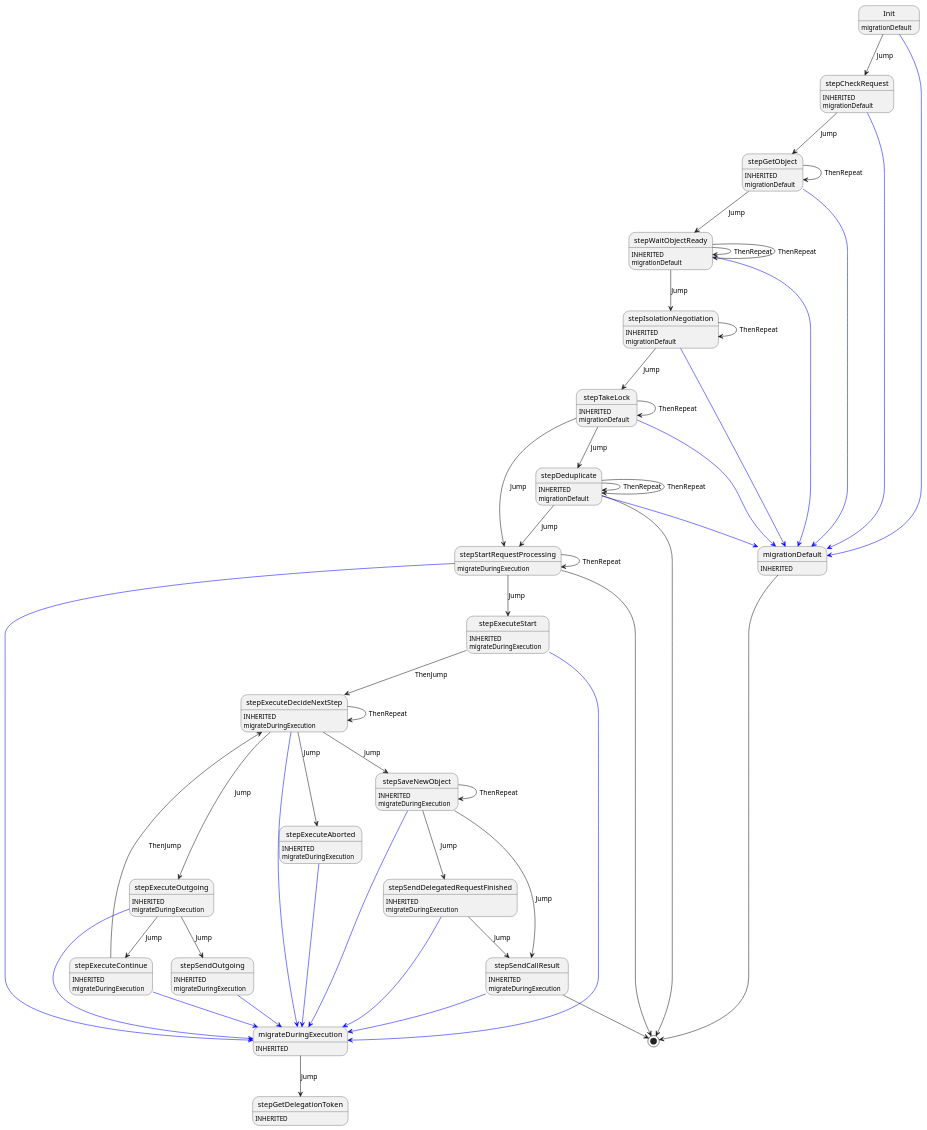
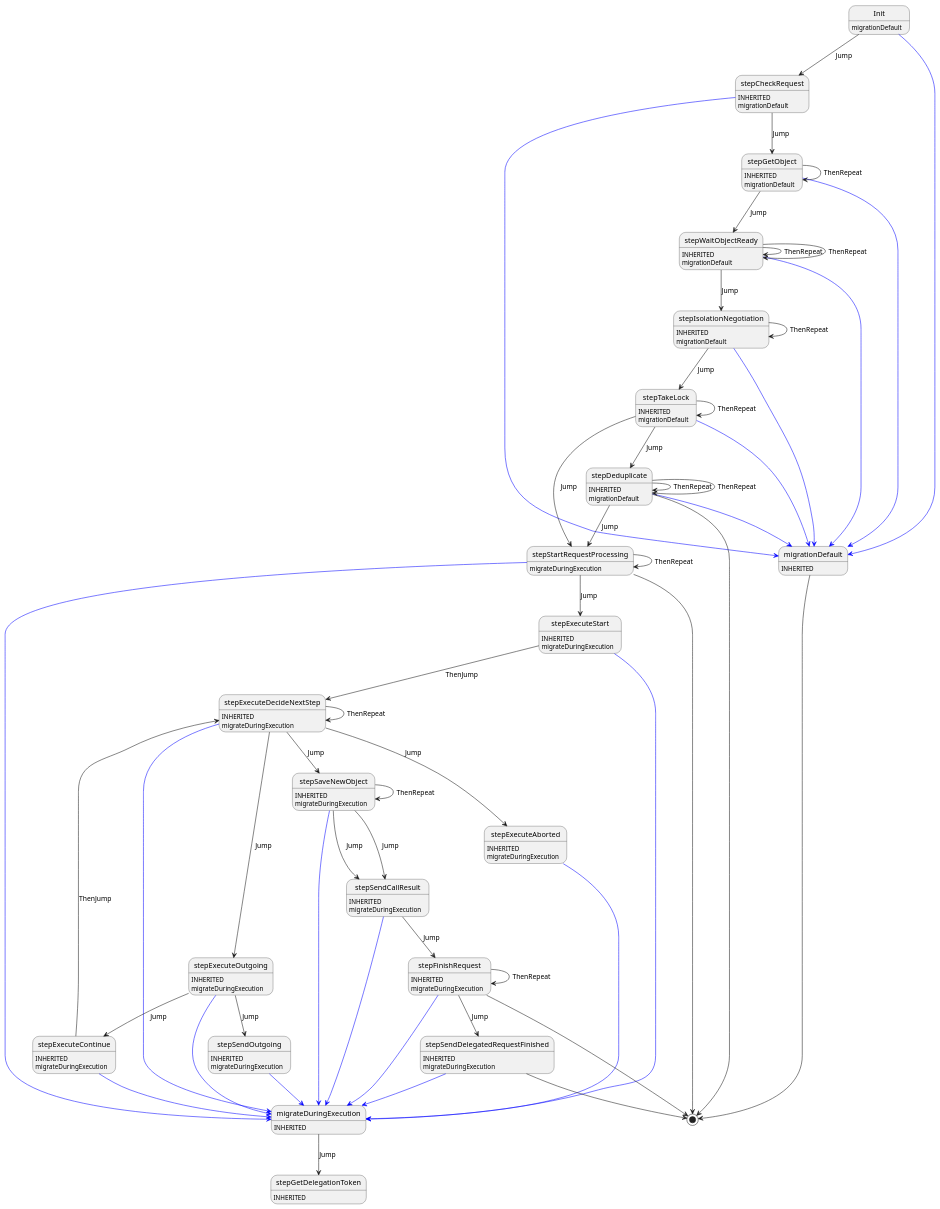
One commit to insolar/assured-ledger changed the diagram in ledger-core/virtual/execute/execute.plantuml. Above: the diagram before and after it, drawn with PlantUML.

Commit message:
PLAT-447: update SMexecute puml

```diff
--- a/ledger-core/virtual/execute/execute.plantuml
+++ b/ledger-core/virtual/execute/execute.plantuml
@@ -1,88 +1,94 @@
 @startuml
 Init : migrationDefault
 Init -[#blue]-> migrationDefault
 Init --> stepCheckRequest : Jump
 migrationDefault : INHERITED
 migrationDefault --> [*]
 stepCheckRequest : INHERITED
 stepCheckRequest : migrationDefault
 stepCheckRequest -[#blue]-> migrationDefault
 stepCheckRequest --> stepGetObject : Jump
 stepGetObject : INHERITED
 stepGetObject : migrationDefault
 stepGetObject -[#blue]-> migrationDefault
 stepGetObject --> stepWaitObjectReady : Jump
 stepGetObject --> stepGetObject : ThenRepeat
 stepWaitObjectReady : INHERITED
 stepWaitObjectReady : migrationDefault
 stepWaitObjectReady -[#blue]-> migrationDefault
 stepWaitObjectReady --> stepIsolationNegotiation : Jump
 stepWaitObjectReady --> stepWaitObjectReady : ThenRepeat
 stepWaitObjectReady --> stepWaitObjectReady : ThenRepeat
 stepIsolationNegotiation : INHERITED
 stepIsolationNegotiation : migrationDefault
 stepIsolationNegotiation -[#blue]-> migrationDefault
 stepIsolationNegotiation --> stepTakeLock : Jump
 stepIsolationNegotiation --> stepIsolationNegotiation : ThenRepeat
 stepTakeLock : INHERITED
 stepTakeLock : migrationDefault
 stepTakeLock -[#blue]-> migrationDefault
 stepTakeLock --> stepDeduplicate : Jump
 stepTakeLock --> stepStartRequestProcessing : Jump
 stepTakeLock --> stepTakeLock : ThenRepeat
 stepDeduplicate : INHERITED
 stepDeduplicate : migrationDefault
 stepDeduplicate -[#blue]-> migrationDefault
 stepDeduplicate --> stepStartRequestProcessing : Jump
 stepDeduplicate --> [*]
 stepDeduplicate --> stepDeduplicate : ThenRepeat
 stepDeduplicate --> stepDeduplicate : ThenRepeat
 stepStartRequestProcessing : migrateDuringExecution
 stepStartRequestProcessing -[#blue]-> migrateDuringExecution
 stepStartRequestProcessing --> stepExecuteStart : Jump
 stepStartRequestProcessing --> [*]
 stepStartRequestProcessing --> stepStartRequestProcessing : ThenRepeat
 migrateDuringExecution : INHERITED
 migrateDuringExecution --> stepGetDelegationToken : Jump
 stepExecuteStart : INHERITED
 stepExecuteStart : migrateDuringExecution
 stepExecuteStart -[#blue]-> migrateDuringExecution
 stepExecuteStart --> stepExecuteDecideNextStep : ThenJump
 stepGetDelegationToken : INHERITED
 stepExecuteDecideNextStep : INHERITED
 stepExecuteDecideNextStep : migrateDuringExecution
 stepExecuteDecideNextStep -[#blue]-> migrateDuringExecution
 stepExecuteDecideNextStep --> stepSaveNewObject : Jump
 stepExecuteDecideNextStep --> stepExecuteAborted : Jump
 stepExecuteDecideNextStep --> stepExecuteOutgoing : Jump
 stepExecuteDecideNextStep --> stepExecuteDecideNextStep : ThenRepeat
 stepSaveNewObject : INHERITED
 stepSaveNewObject : migrateDuringExecution
 stepSaveNewObject -[#blue]-> migrateDuringExecution
-stepSaveNewObject --> stepSendDelegatedRequestFinished : Jump
+stepSaveNewObject --> stepSendCallResult : Jump
 stepSaveNewObject --> stepSendCallResult : Jump
 stepSaveNewObject --> stepSaveNewObject : ThenRepeat
 stepExecuteAborted : INHERITED
 stepExecuteAborted : migrateDuringExecution
 stepExecuteAborted -[#blue]-> migrateDuringExecution
 stepExecuteOutgoing : INHERITED
 stepExecuteOutgoing : migrateDuringExecution
 stepExecuteOutgoing -[#blue]-> migrateDuringExecution
 stepExecuteOutgoing --> stepSendOutgoing : Jump
 stepExecuteOutgoing --> stepExecuteContinue : Jump
-stepSendDelegatedRequestFinished : INHERITED
-stepSendDelegatedRequestFinished : migrateDuringExecution
-stepSendDelegatedRequestFinished -[#blue]-> migrateDuringExecution
-stepSendDelegatedRequestFinished --> stepSendCallResult : Jump
 stepSendCallResult : INHERITED
 stepSendCallResult : migrateDuringExecution
 stepSendCallResult -[#blue]-> migrateDuringExecution
-stepSendCallResult --> [*]
+stepSendCallResult --> stepFinishRequest : Jump
 stepSendOutgoing : INHERITED
 stepSendOutgoing : migrateDuringExecution
 stepSendOutgoing -[#blue]-> migrateDuringExecution
 stepExecuteContinue : INHERITED
 stepExecuteContinue : migrateDuringExecution
 stepExecuteContinue -[#blue]-> migrateDuringExecution
 stepExecuteContinue --> stepExecuteDecideNextStep : ThenJump
+stepFinishRequest : INHERITED
+stepFinishRequest : migrateDuringExecution
+stepFinishRequest -[#blue]-> migrateDuringExecution
+stepFinishRequest --> stepSendDelegatedRequestFinished : Jump
+stepFinishRequest --> [*]
+stepFinishRequest --> stepFinishRequest : ThenRepeat
+stepSendDelegatedRequestFinished : INHERITED
+stepSendDelegatedRequestFinished : migrateDuringExecution
+stepSendDelegatedRequestFinished -[#blue]-> migrateDuringExecution
+stepSendDelegatedRequestFinished --> [*]
 @enduml
```
